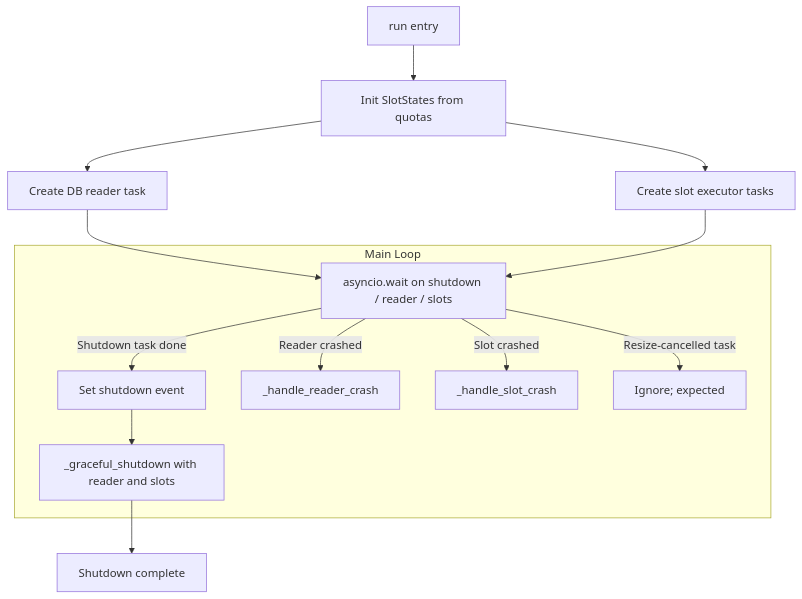
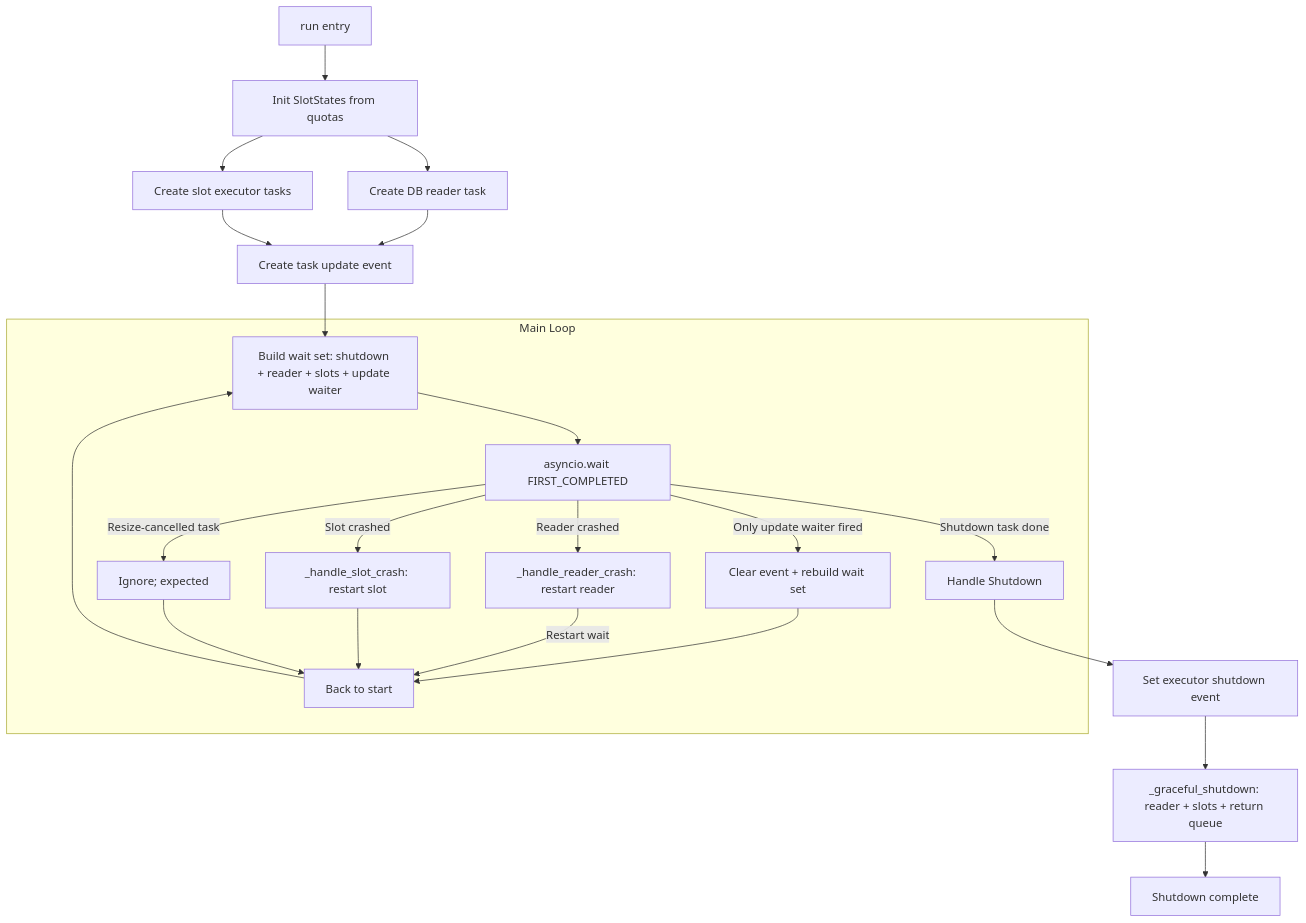
One commit to ayim/taubench-modern changed the first of 3 diagrams in docs/workitems/slot_executor_lifecycle.md. Above: the diagram before and after it, drawn with Mermaid. The commit also changed other lines of this file, not shown here.

Commit message:
Update mermaid docs for resize (#1718)

````diff
--- a/docs/workitems/slot_executor_lifecycle.md
+++ b/docs/workitems/slot_executor_lifecycle.md
@@ -5,18 +5,26 @@
 ```mermaid
 flowchart TD
     A[run entry]
     A --> B[Init SlotStates from quotas]
     B --> C[Create DB reader task]
     B --> D[Create slot executor tasks]
-    C --> E
+    C --> E[Create task update event]
     D --> E
+    E --> F
     subgraph Main Loop
-        E[asyncio.wait on shutdown / reader / slots]
-        E -->|Shutdown task done| F[Set shutdown event]
-    F --> G[_graceful_shutdown with reader and slots]
-    E -->|Reader crashed| H[_handle_reader_crash]
-    E -->|Slot crashed| I[_handle_slot_crash]
-        E -->|Resize-cancelled task| J[Ignore; expected]
+        F[Build wait set: shutdown + reader + slots + update waiter] --> G[asyncio.wait FIRST_COMPLETED]
+        G -->|Only update waiter fired| H[Clear event + rebuild wait set]
+        H --> P
+        G -->|Shutdown task done| I[Handle Shutdown]
+        G -->|Reader crashed| J[_handle_reader_crash: restart reader]
+        G -->|Slot crashed| K[_handle_slot_crash: restart slot]
+        G -->|Resize-cancelled task| L[Ignore; expected]
+        J -->|Restart wait| P[Back to start]
+        K --> P
+        L --> P
+        P --> F
     end
-    G --> K[Shutdown complete]
+    I --> M[Set executor shutdown event]
+    M --> N[_graceful_shutdown: reader + slots + return queue]
+    N --> O[Shutdown complete]
 ```
````
